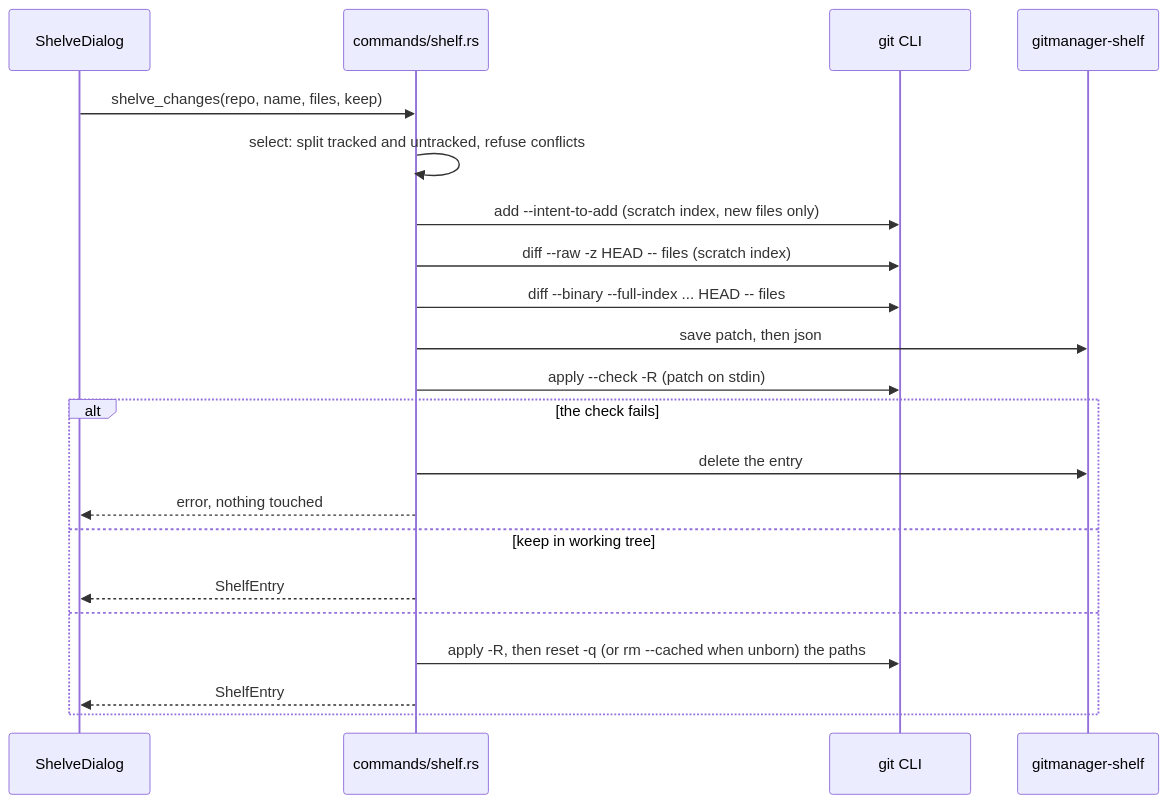
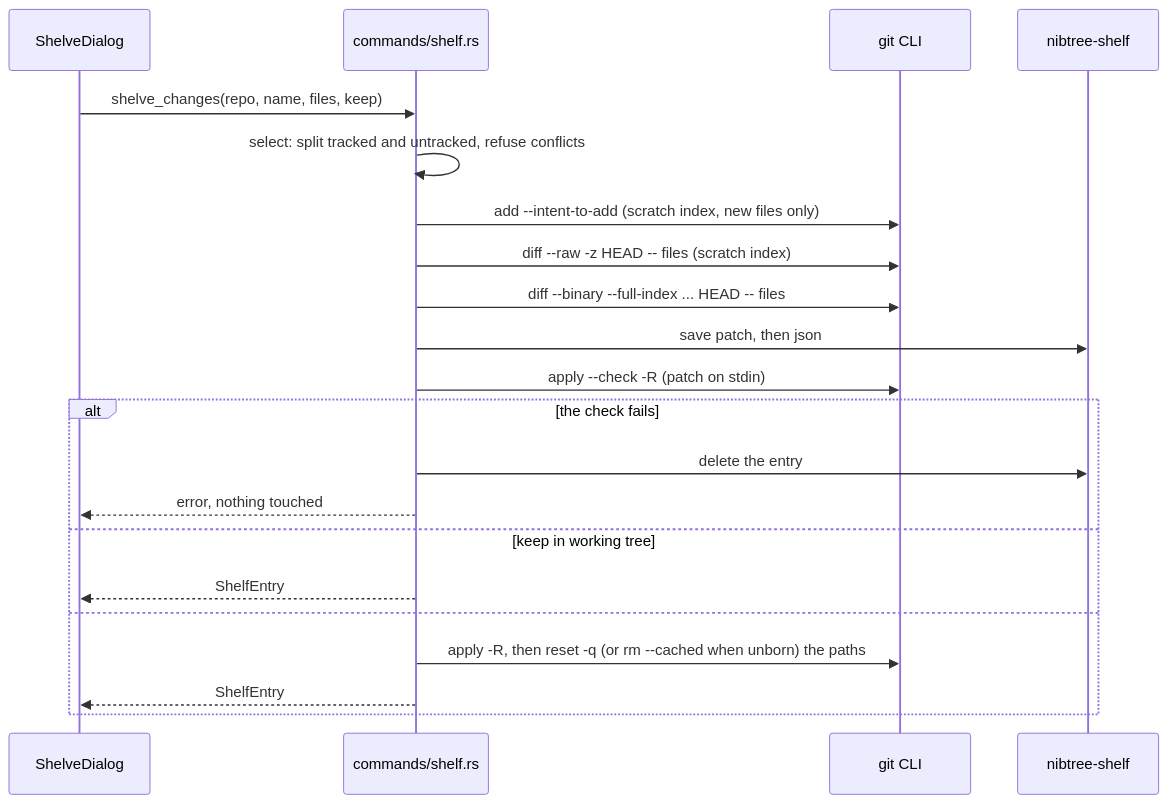
One commit to shibbirweb/git-manager changed the first of 2 diagrams in docs/wiki/developer/How-the-Shelf-Works.md. Above: the diagram before and after it, drawn with Mermaid. The commit also changed other lines of this file and 268 other files, not shown here.

````diff
--- a/docs/wiki/developer/How-the-Shelf-Works.md
+++ b/docs/wiki/developer/How-the-Shelf-Works.md
@@ -22,23 +22,23 @@
 ```mermaid
 sequenceDiagram
     participant UI as ShelveDialog
     participant CMD as commands/shelf.rs
     participant Git as git CLI
-    participant Disk as gitmanager-shelf
+    participant Disk as nibtree-shelf
     UI->>CMD: shelve_changes(repo, name, files, keep)
     CMD->>CMD: select: split tracked and untracked, refuse conflicts
     CMD->>Git: add --intent-to-add (scratch index, new files only)
     CMD->>Git: diff --raw -z HEAD -- files (scratch index)
     CMD->>Git: diff --binary --full-index ... HEAD -- files
     CMD->>Disk: save patch, then json
     CMD->>Git: apply --check -R (patch on stdin)
     alt the check fails
         CMD->>Disk: delete the entry
         CMD-->>UI: error, nothing touched
     else keep in working tree
         CMD-->>UI: ShelfEntry
     else
         CMD->>Git: apply -R, then reset -q (or rm --cached when unborn) the paths
         CMD-->>UI: ShelfEntry
     end
 ```
````
